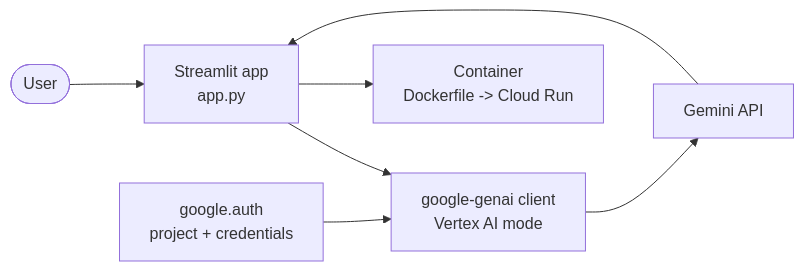
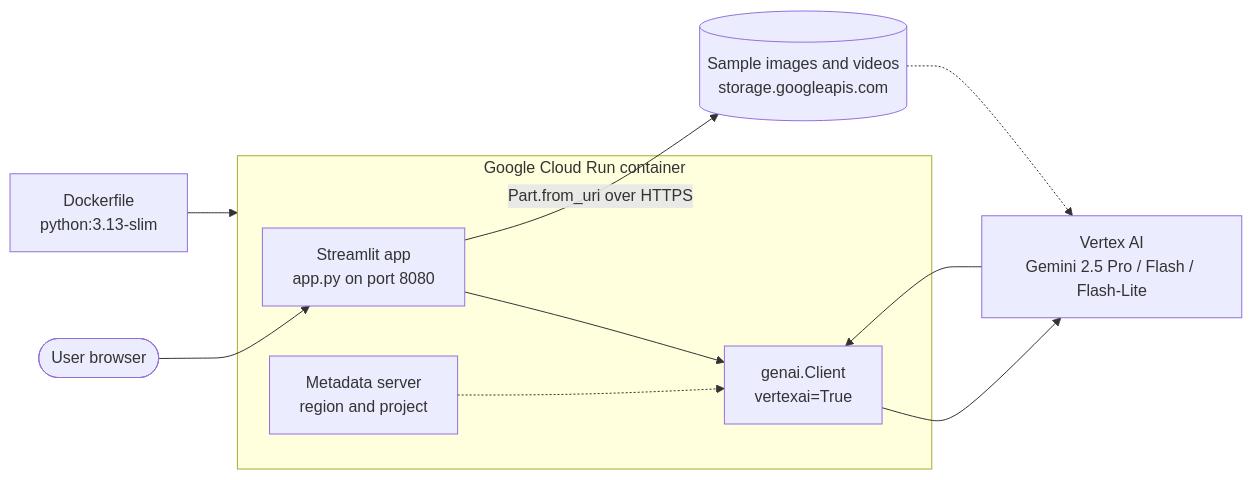
One commit to Dxrksvng/gemini-ai-app changed the first of 3 diagrams in README.md. Above: the diagram before and after it, drawn with Mermaid. The commit also changed other lines of this file, not shown here.

Commit message:
docs: rewrite README with architecture, flows and tech stack (#2)

````diff
--- a/README.md
+++ b/README.md
@@ -21,9 +77,15 @@
 ```mermaid
 flowchart LR
-    U(["User"]) --> ST["Streamlit app\napp.py"]
-    ST --> SDK["google-genai client\nVertex AI mode"]
-    SDK --> G["Gemini API"]
-    G --> ST
-    ST --> CR["Container\nDockerfile -> Cloud Run"]
-    AUTH["google.auth\nproject + credentials"] --> SDK
+    U(["User browser"]) --> ST["Streamlit app\napp.py on port 8080"]
+
+    subgraph CR["Google Cloud Run container"]
+        ST --> CL["genai.Client\nvertexai=True"]
+        META["Metadata server\nregion and project"] -.-> CL
+    end
+
+    CL --> V["Vertex AI\nGemini 2.5 Pro / Flash / Flash-Lite"]
+    V --> CL
+    ST -- "Part.from_uri over HTTPS" --> GCS[("Sample images and videos\nstorage.googleapis.com")]
+    GCS -.-> V
+    DF["Dockerfile\npython:3.13-slim"] --> CR
 ```
````
